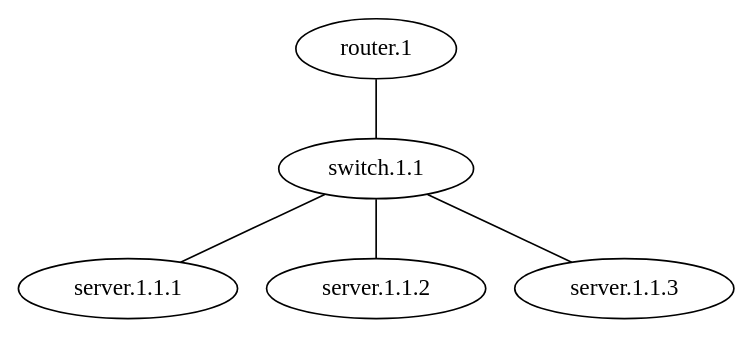
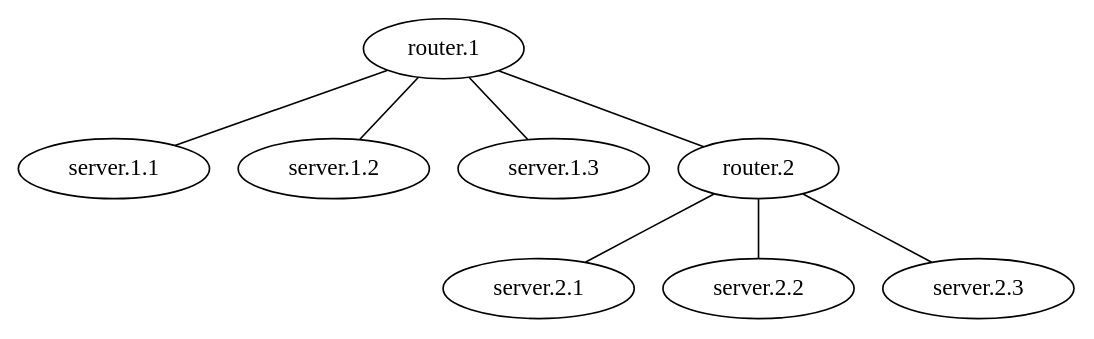
The diagram in TopologyGen/TopologyInfo/topology.dot (matferronato/TopologyGen), drawn with Graphviz before and after one commit. The commit also changed 126 other files, not shown here.

```diff
--- a/TopologyGen/TopologyInfo/topology.dot
+++ b/TopologyGen/TopologyInfo/topology.dot
@@ -1,14 +1,25 @@
 graph vx {
 "router.1" [function="leaf" vagrant="eth1" os="hashicorp/bionic64" version="1.0.282" memory="500" config="./helper_scripts/config_production_switch.sh" ] 
-"switch.1.1" [function="leaf" vagrant="eth1" os="hashicorp/bionic64" version="1.0.282" memory="500" config="./helper_scripts/config_production_switch.sh" ] 
-"server.1.1.1" [function="leaf" vagrant="eth1" os="hashicorp/bionic64" version="1.0.282" memory="500" config="./helper_scripts/config_production_switch.sh" ] 
-"server.1.1.2" [function="leaf" vagrant="eth1" os="hashicorp/bionic64" version="1.0.282" memory="500" config="./helper_scripts/config_production_switch.sh" ] 
-"server.1.1.3" [function="leaf" vagrant="eth1" os="hashicorp/bionic64" version="1.0.282" memory="500" config="./helper_scripts/config_production_switch.sh" ] 
-"router.1":"eth1" -- "switch.1.1":"eth50"
-"switch.1.1":"eth1" -- "server.1.1.1":"eth50"
-"switch.1.1":"eth2" -- "server.1.1.2":"eth50"
-"switch.1.1":"eth3" -- "server.1.1.3":"eth50"
+"server.1.1" [function="leaf" vagrant="eth1" os="hashicorp/bionic64" version="1.0.282" memory="500" config="./helper_scripts/config_production_switch.sh" ] 
+"server.1.2" [function="leaf" vagrant="eth1" os="hashicorp/bionic64" version="1.0.282" memory="500" config="./helper_scripts/config_production_switch.sh" ] 
+"server.1.3" [function="leaf" vagrant="eth1" os="hashicorp/bionic64" version="1.0.282" memory="500" config="./helper_scripts/config_production_switch.sh" ] 
+"router.2" [function="leaf" vagrant="eth1" os="hashicorp/bionic64" version="1.0.282" memory="500" config="./helper_scripts/config_production_switch.sh" ] 
+"server.2.1" [function="leaf" vagrant="eth1" os="hashicorp/bionic64" version="1.0.282" memory="500" config="./helper_scripts/config_production_switch.sh" ] 
+"server.2.2" [function="leaf" vagrant="eth1" os="hashicorp/bionic64" version="1.0.282" memory="500" config="./helper_scripts/config_production_switch.sh" ] 
+"server.2.3" [function="leaf" vagrant="eth1" os="hashicorp/bionic64" version="1.0.282" memory="500" config="./helper_scripts/config_production_switch.sh" ] 
+"router.1":"eth1" -- "server.1.1":"eth50"
+
+"router.1":"eth2" -- "server.1.2":"eth50"
+
+"router.1":"eth3" -- "server.1.3":"eth50"
+
+"router.2":"eth1" -- "server.2.1":"eth50"
+
+"router.2":"eth2" -- "server.2.2":"eth50"
+
+"router.2":"eth3" -- "server.2.3":"eth50"
 
 
+"router.1":"eth50" -- "router.2":"eth49"
 
 }
```
